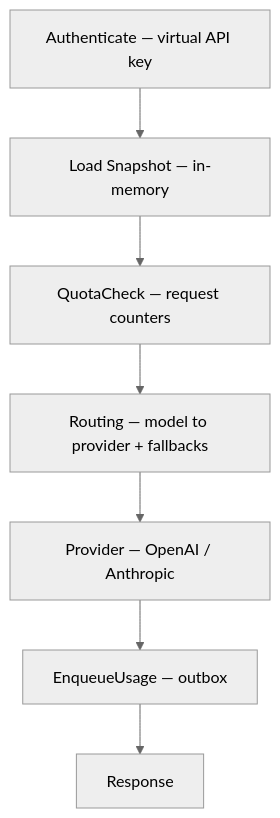
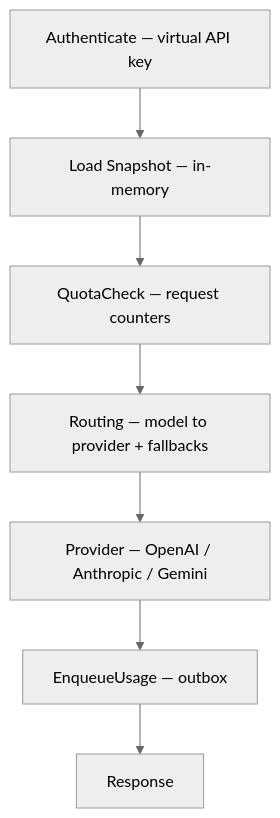
One commit to curefatih/afi changed the first of 2 diagrams in docs/development/architecture.md. Above: the diagram before and after it, drawn with Mermaid (neutral theme). The commit also changed other lines of this file and 7 other files, not shown here.

````diff
--- a/docs/development/architecture.md
+++ b/docs/development/architecture.md
@@ -28,12 +28,12 @@
 ```mermaid
 flowchart TD
   A[Authenticate — virtual API key]
   B[Load Snapshot — in-memory]
   C[QuotaCheck — request counters]
   D[Routing — model to provider + fallbacks]
-  E[Provider — OpenAI / Anthropic]
+  E[Provider — OpenAI / Anthropic / Gemini]
   F[EnqueueUsage — outbox]
   G[Response]
 
   A --> B --> C --> D --> E --> F --> G
 ```
````
